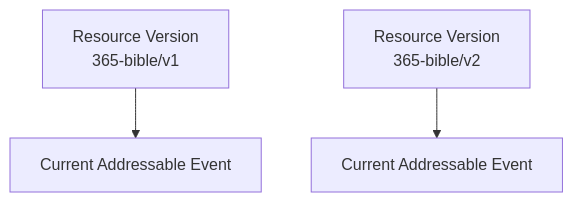
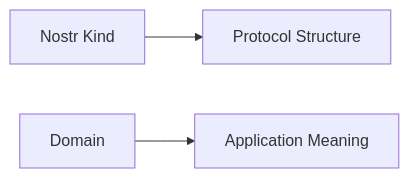
One commit to kjvonly/kjvonly.bible changed the second of 13 diagrams in docs/decisions/0002-domain-resource-model.md. Above: the diagram before and after it, drawn with Mermaid. The commit also changed other lines of this file, not shown here.

````diff
--- a/docs/decisions/0002-domain-resource-model.md
+++ b/docs/decisions/0002-domain-resource-model.md
@@ -617,11 +149,11 @@
 ```mermaid
-flowchart TD
+flowchart LR
 
-    RV1["Resource Version<br/>365-bible/v1"]
+    KIND["Nostr Kind"]
 
-    RV2["Resource Version<br/>365-bible/v2"]
+    KIND --> PROTOCOL["Protocol Structure"]
 
-    RV1 --> E1["Current Addressable Event"]
+    DOMAIN["Domain"]
 
-    RV2 --> E2["Current Addressable Event"]
+    DOMAIN --> APPLICATION["Application Meaning"]
 ```
````
